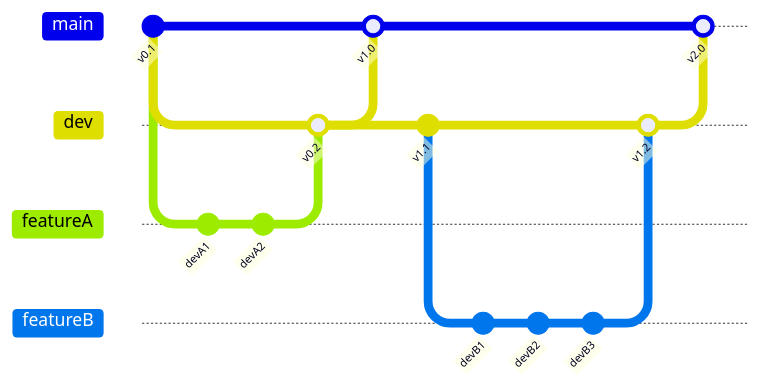
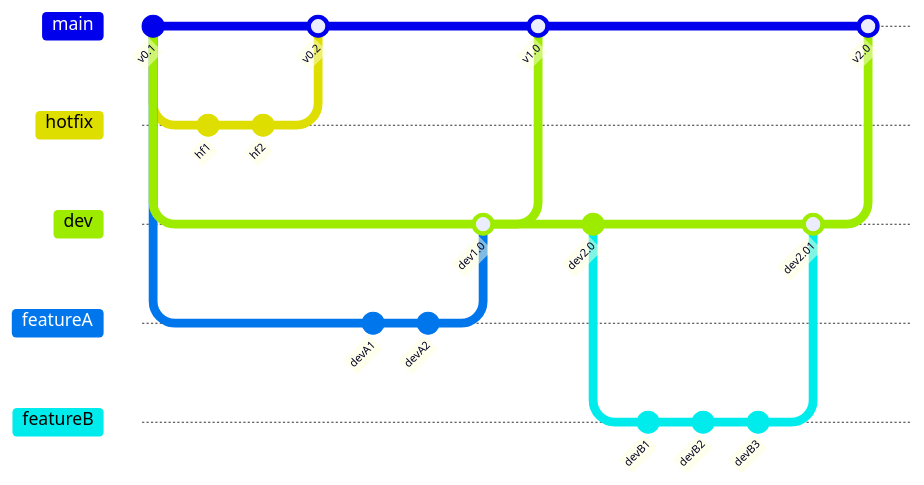
Before and after one commit to swincas/cnc-computing-course: the fifth of 6 diagrams in code/day1_01_git_github/git_tutorial.md, drawn with Mermaid. The commit also changed other lines of this file and 1 other file, not shown here.

```diff
--- a/code/day1_01_git_github/git_tutorial.md
+++ b/code/day1_01_git_github/git_tutorial.md
@@ -123,26 +246,32 @@
-<div class="mermaid">
-gitGraph
-    commit id: "v0.1"
-    branch dev
-    checkout dev
-        branch featureA
-        checkout featureA
-            commit id: "devA1"
-            commit id: "devA2"
-        checkout dev
-        merge featureA id: "v0.2"
-    checkout main
-    merge dev id: "v1.0"
-    checkout dev
-    commit id: "v1.1"
-        branch featureB
-        checkout featureB
-        commit id: "devB1"
-        commit id: "devB2"
-        commit id: "devB3"
-    checkout dev
-    merge featureB id: "v1.2"
-    checkout main
-    merge dev id: "v2.0"
-    %% rebase featureB
-</div>
+        <div class="mermaid">
+        gitGraph
+            commit id: "v0.1"
+            branch hotfix
+            branch dev
+            checkout hotfix
+                commit id: "hf1"
+                commit id: "hf2"
+            checkout main
+            merge hotfix id: "v0.2"
+            checkout dev
+                branch featureA
+                checkout featureA
+                    commit id: "devA1"
+                    commit id: "devA2"
+                checkout dev
+                merge featureA id: "dev1.0"
+            checkout main
+            merge dev id: "v1.0"
+            checkout main
+            checkout dev
+            commit id: "dev2.0"
+                branch featureB
+                checkout featureB
+                commit id: "devB1"
+                commit id: "devB2"
+                commit id: "devB3"
+            checkout dev
+            merge featureB id: "dev2.01"
+            checkout main
+            merge dev id: "v2.0"
+        </div>
```
